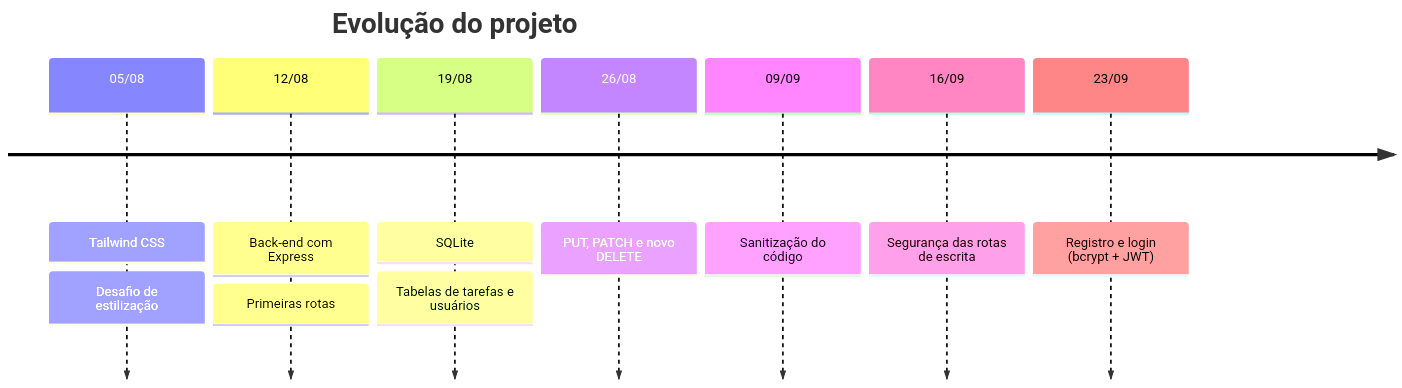
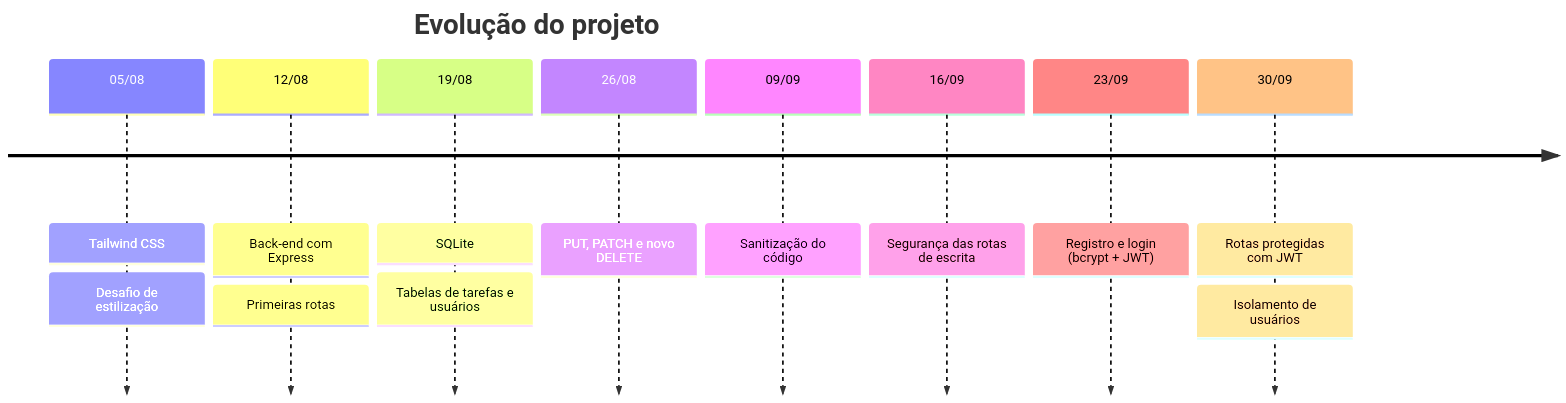
One commit to ThiagoBorsatto/gerenciador-de-tarefas changed the second of 2 diagrams in README.md. Above: the diagram before and after it, drawn with Mermaid. The commit also changed other lines of this file and 2 other files, not shown here.

Commit message:
docs: semanario de 30/09 e README atualizado com rotas protegidas

````diff
--- a/README.md
+++ b/README.md
@@ -174,14 +181,16 @@
 ```mermaid
 timeline
     title Evolução do projeto
     05/08 : Tailwind CSS
           : Desafio de estilização
     12/08 : Back-end com Express
           : Primeiras rotas
     19/08 : SQLite
           : Tabelas de tarefas e usuários
     26/08 : PUT, PATCH e novo DELETE
     09/09 : Sanitização do código
     16/09 : Segurança das rotas de escrita
     23/09 : Registro e login (bcrypt + JWT)
+    30/09 : Rotas protegidas com JWT
+          : Isolamento de usuários
 ```
````
